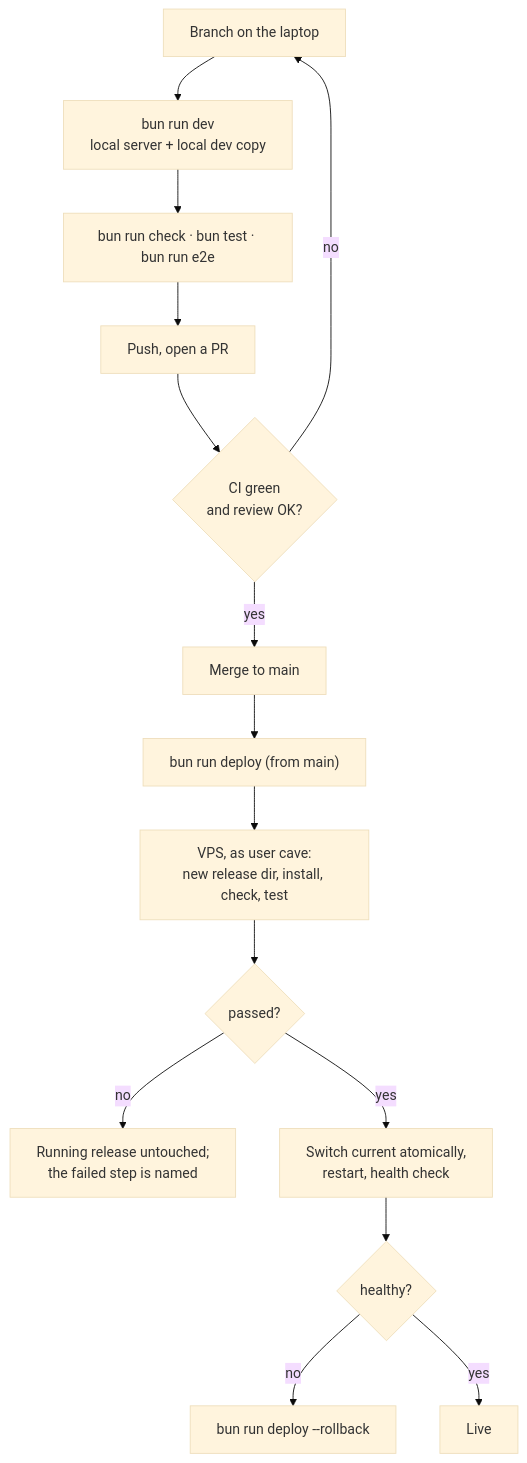
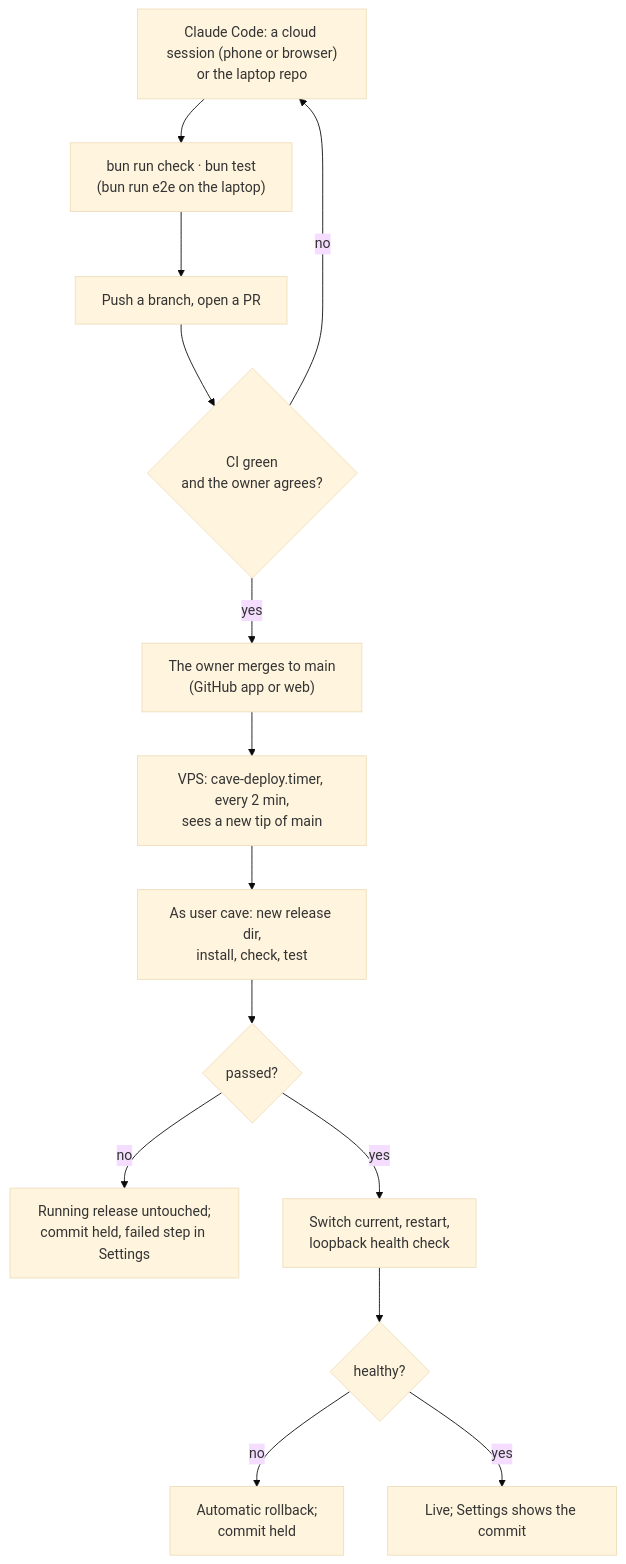
The third of 4 diagrams in docs/system.md (alexjamesmx/cave), drawn with Mermaid (base theme) before and after one commit. The commit also changed other lines of this file and 4 other files, not shown here.

Commit message:
M6 Part C: docs for deploy on merge, cloud sessions and the Claude apps connector

````diff
--- a/docs/system.md
+++ b/docs/system.md
@@ -70,17 +73,16 @@
 ```mermaid
 flowchart TD
-  A["Branch on the laptop"] --> B["bun run dev<br/>local server + local dev copy"]
-  B --> C["bun run check · bun test · bun run e2e"]
-  C --> D["Push, open a PR"]
-  D --> E{"CI green<br/>and review OK?"}
+  A["Claude Code: a cloud session (phone or browser)<br/>or the laptop repo"] --> C["bun run check · bun test<br/>(bun run e2e on the laptop)"]
+  C --> D["Push a branch, open a PR"]
+  D --> E{"CI green<br/>and the owner agrees?"}
   E -- no --> A
-  E -- yes --> F["Merge to main"]
-  F --> G["bun run deploy (from main)"]
-  G --> H["VPS, as user cave:<br/>new release dir, install, check, test"]
+  E -- yes --> F["The owner merges to main<br/>(GitHub app or web)"]
+  F --> G["VPS: cave-deploy.timer, every 2 min,<br/>sees a new tip of main"]
+  G --> H["As user cave: new release dir,<br/>install, check, test"]
   H --> I{"passed?"}
-  I -- no --> J["Running release untouched;<br/>the failed step is named"]
-  I -- yes --> K["Switch current atomically,<br/>restart, health check"]
+  I -- no --> J["Running release untouched;<br/>commit held, failed step in Settings"]
+  I -- yes --> K["Switch current, restart,<br/>loopback health check"]
   K --> L{"healthy?"}
-  L -- no --> M["bun run deploy --rollback"]
-  L -- yes --> N["Live"]
+  L -- no --> M["Automatic rollback;<br/>commit held"]
+  L -- yes --> N["Live; Settings shows the commit"]
 ```
````
